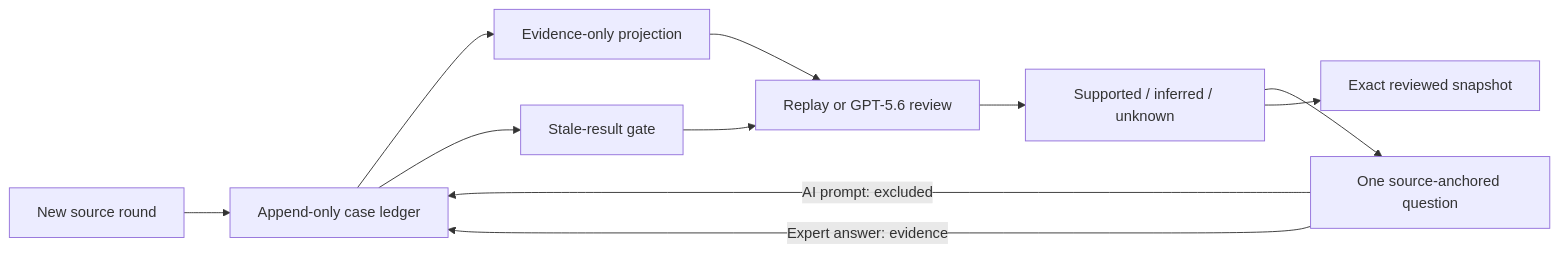
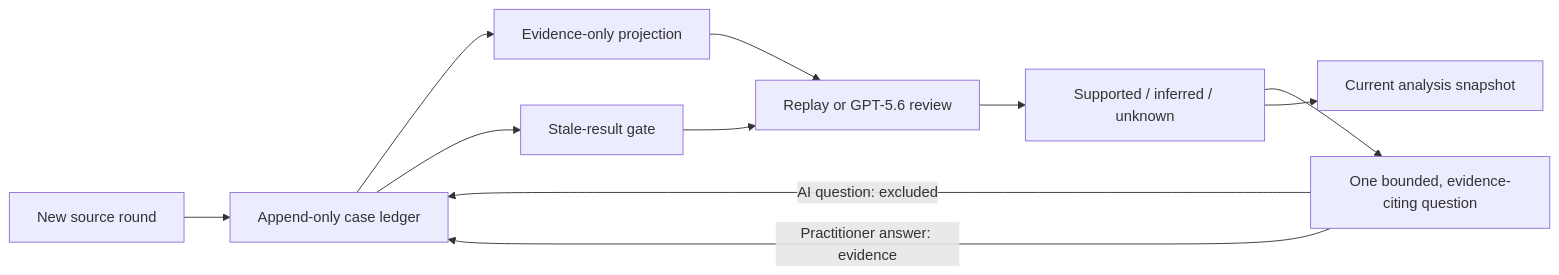
Before and after one commit to paul800901/ObserveOS-Build-Week: the diagram in README.md, drawn with Mermaid. The commit also changed other lines of this file and 6 other files, not shown here.

````diff
--- a/README.md
+++ b/README.md
@@ -46,13 +49,13 @@
 ```mermaid
 flowchart LR
     A["New source round"] --> B["Append-only case ledger"]
     B --> C["Evidence-only projection"]
     C --> D["Replay or GPT-5.6 review"]
     D --> E["Supported / inferred / unknown"]
-    E --> F["One source-anchored question"]
-    F -->|"AI prompt: excluded"| B
-    F -->|"Expert answer: evidence"| B
+    E --> F["One bounded, evidence-citing question"]
+    F -->|"AI question: excluded"| B
+    F -->|"Practitioner answer: evidence"| B
     B --> G["Stale-result gate"]
     G --> D
-    E --> H["Exact reviewed snapshot"]
+    E --> H["Current analysis snapshot"]
 ```
````
